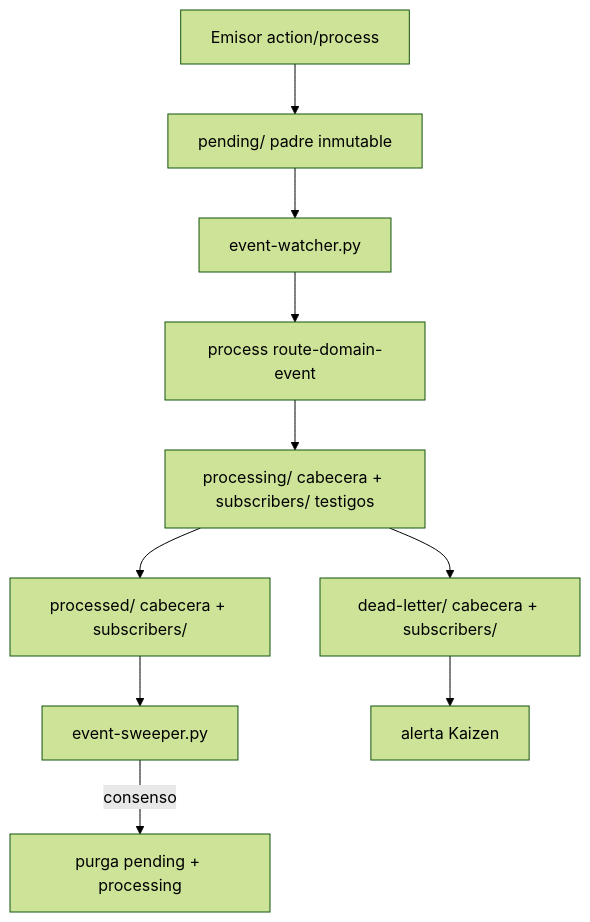
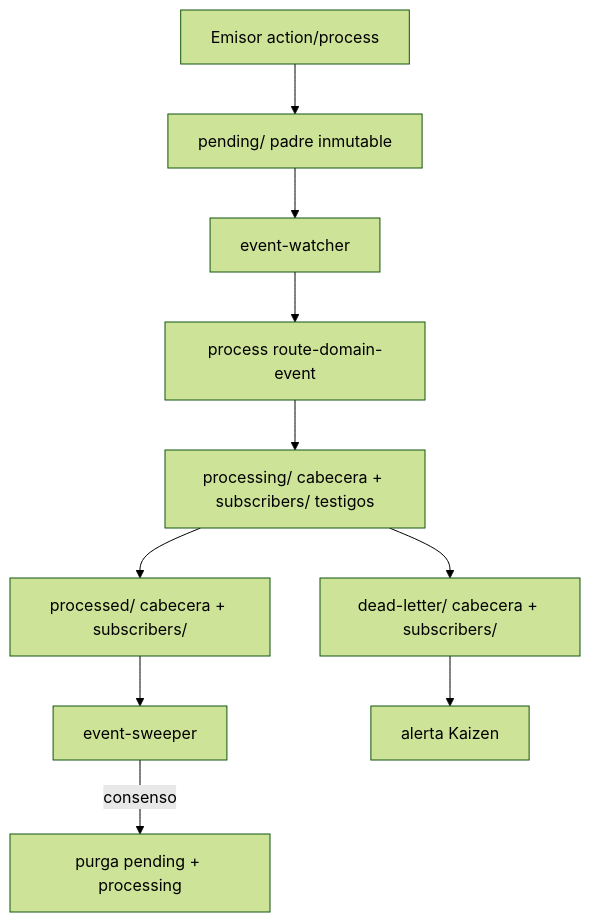
Before and after one commit to racso80es/SddIA: the diagram in SddIA/events/events-contract.md, drawn with Mermaid (forest theme). The commit also changed other lines of this file and 32 other files, not shown here.

````diff
--- a/SddIA/events/events-contract.md
+++ b/SddIA/events/events-contract.md
@@ -78,12 +78,12 @@
 ```mermaid
 flowchart TB
   EM[Emisor action/process] --> P["pending/ padre inmutable"]
-  P --> W[event-watcher.py]
+  P --> W[event-watcher]
   W --> RDE[process route-domain-event]
   RDE --> PH["processing/ cabecera + subscribers/ testigos"]
   PH --> OK["processed/ cabecera + subscribers/"]
   PH --> DL["dead-letter/ cabecera + subscribers/"]
-  OK --> SW[event-sweeper.py]
+  OK --> SW[event-sweeper]
   SW -->|consenso| PURGE[purga pending + processing]
   DL --> KZ[alerta Kaizen]
 ```
````
